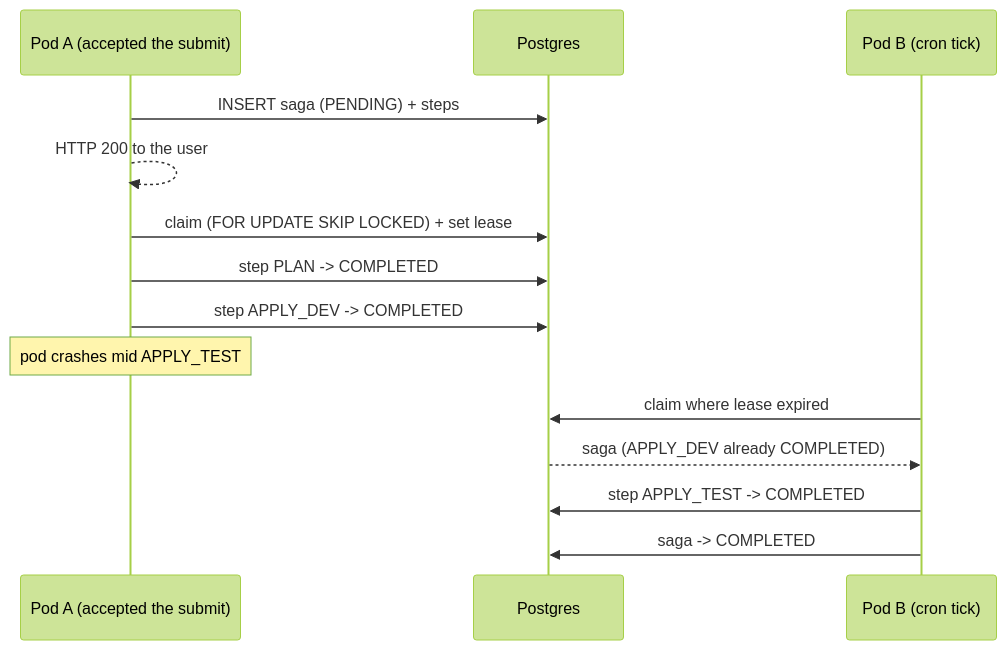
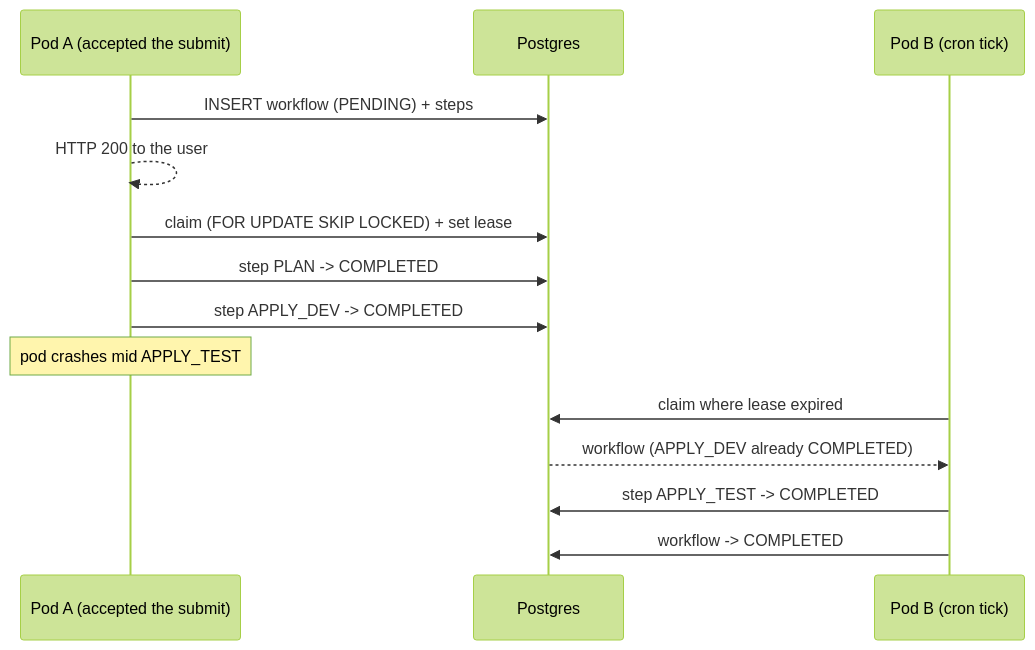
One commit to bcgov/sso-requests changed the third of 3 diagrams in docs/adr/0001-async-integration-submission-saga.md. Above: the diagram before and after it, drawn with Mermaid (forest theme). The commit also changed other lines of this file and 31 other files, not shown here.

Commit message:
feat: re-worded saga to workflow for consistency

````diff
--- a/docs/adr/0001-async-integration-submission-saga.md
+++ b/docs/adr/0001-async-integration-submission-saga.md
@@ -80,17 +78,17 @@
 ```mermaid
 sequenceDiagram
   participant P1 as Pod A (accepted the submit)
   participant DB as Postgres
   participant P2 as Pod B (cron tick)
 
-  P1->>DB: INSERT saga (PENDING) + steps
+  P1->>DB: INSERT workflow (PENDING) + steps
   P1-->>P1: HTTP 200 to the user
   P1->>DB: claim (FOR UPDATE SKIP LOCKED) + set lease
   P1->>DB: step PLAN -> COMPLETED
   P1->>DB: step APPLY_DEV -> COMPLETED
   Note over P1: pod crashes mid APPLY_TEST
   P2->>DB: claim where lease expired
-  DB-->>P2: saga (APPLY_DEV already COMPLETED)
+  DB-->>P2: workflow (APPLY_DEV already COMPLETED)
   P2->>DB: step APPLY_TEST -> COMPLETED
-  P2->>DB: saga -> COMPLETED
+  P2->>DB: workflow -> COMPLETED
 ```
````
